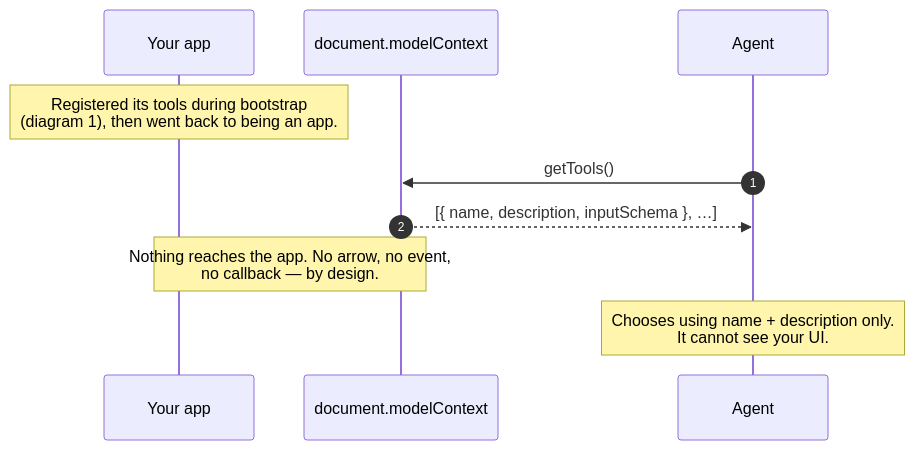
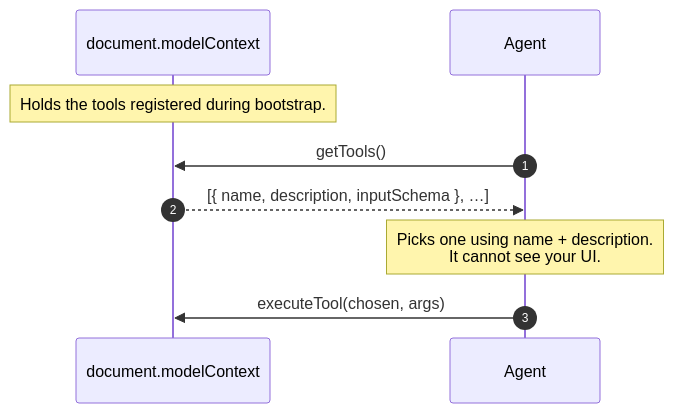
Before and after one commit to hasan1985/webmcp-angular: the second of 10 diagrams in docs/architecture/07-lifecycle-sequence.md, drawn with Mermaid. The commit also changed other lines of this file and 1 other file, not shown here.

First line of the commit message:
rewrite section 2 as the discovery flow it should have been

````diff
--- a/docs/architecture/07-lifecycle-sequence.md
+++ b/docs/architecture/07-lifecycle-sequence.md
@@ -62,15 +63,13 @@
 ```mermaid
 sequenceDiagram
     autonumber
-    participant App as Your app
     participant MC as document.modelContext
     participant Agent
 
-    Note over App: Registered its tools during bootstrap<br/>(diagram 1), then went back to being an app.
+    Note over MC: Holds the tools registered during bootstrap.
 
     Agent->>MC: getTools()
     MC-->>Agent: [{ name, description, inputSchema }, …]
-
-    Note over App,MC: Nothing reaches the app. No arrow, no event,<br/>no callback — by design.
-    Note over Agent: Chooses using name + description only.<br/>It cannot see your UI.
+    Note over Agent: Picks one using name + description.<br/>It cannot see your UI.
+    Agent->>MC: executeTool(chosen, args)
 ```
````
